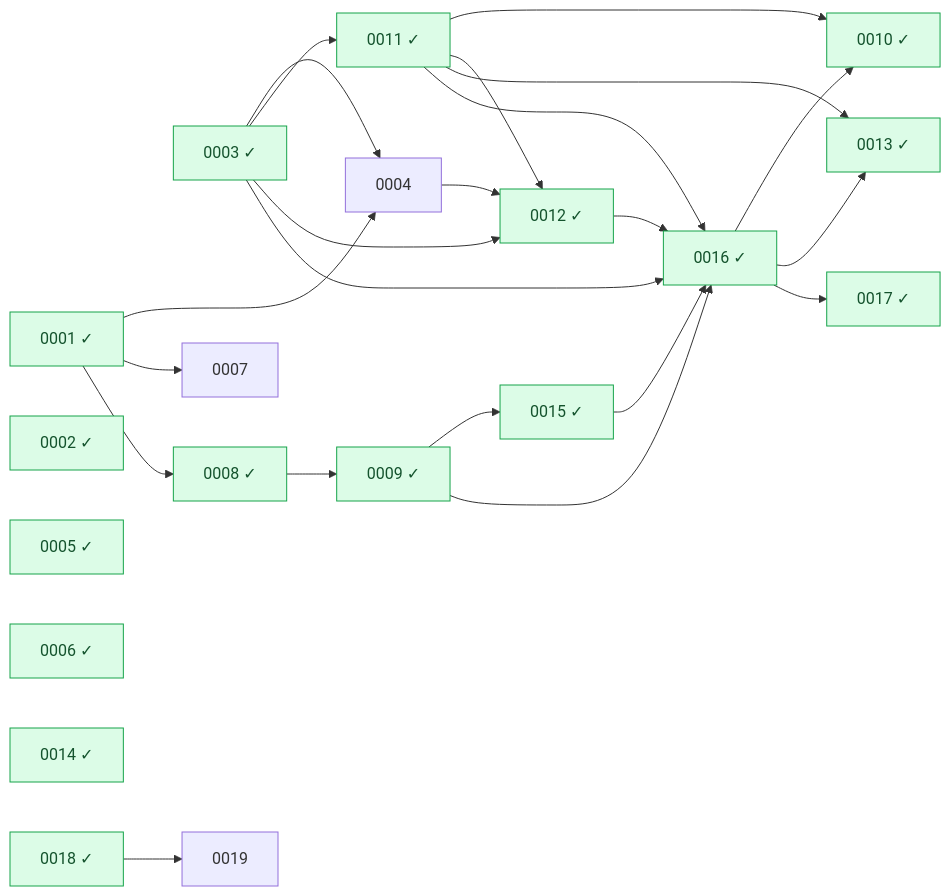
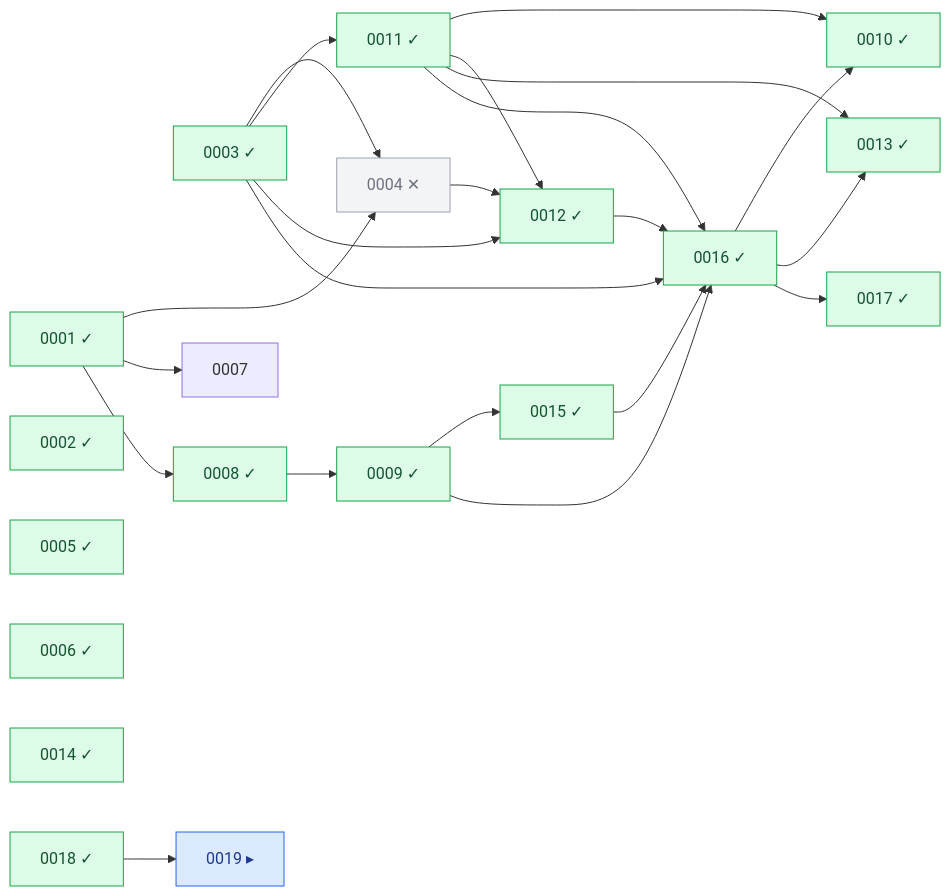
Before and after one commit to Heva-Co/piro: the diagram in docs/rfcs/README.md, drawn with Mermaid. The commit also changed other lines of this file and 1 other file, not shown here.

Commit message:
fix(rfc-index): color graph nodes by status, not just implemented
The dependency graph only distinguished implemented (green) from
everything else (Mermaid's default lilac), so a withdrawn RFC looked
identical to one actively open for discussion — 0004 (withdrawn) and
0007 (proposed) were indistinguishable.

Style nodes per status: green/✓ implemented, blue/▸ accepted and
awaiting implementation, muted grey/✕ for rejected, withdrawn, and
superseded. Draft and proposed keep the default style, which reads as
"open, nothing decided yet". Dead RFCs are greyed rather than given a
color of their own so they recede instead of competing with live work.

The legend is generated from the statuses actually present, so it never
names a color the reader can't find in the graph. Styling is emitted as
one classDef plus one grouped `class a,b,c cls;` line per class instead
of a line per node, which keeps the diff readable as RFCs are added.

````diff
--- a/docs/rfcs/README.md
+++ b/docs/rfcs/README.md
@@ -43,60 +43,49 @@
 ```mermaid
 graph LR
   n0001["0001 ✓"]
   n0002["0002 ✓"]
   n0003["0003 ✓"]
-  n0004["0004"]
+  n0004["0004 ✕"]
   n0005["0005 ✓"]
   n0006["0006 ✓"]
   n0007["0007"]
   n0008["0008 ✓"]
   n0009["0009 ✓"]
   n0010["0010 ✓"]
   n0011["0011 ✓"]
   n0012["0012 ✓"]
   n0013["0013 ✓"]
   n0014["0014 ✓"]
   n0015["0015 ✓"]
   n0016["0016 ✓"]
   n0017["0017 ✓"]
   n0018["0018 ✓"]
-  n0019["0019"]
+  n0019["0019 ▸"]
   n0001 --> n0004
   n0003 --> n0004
   n0001 --> n0007
   n0001 --> n0008
   n0008 --> n0009
   n0011 --> n0010
   n0016 --> n0010
   n0003 --> n0011
   n0003 --> n0012
   n0004 --> n0012
   n0011 --> n0012
   n0011 --> n0013
   n0016 --> n0013
   n0009 --> n0015
   n0003 --> n0016
   n0009 --> n0016
   n0011 --> n0016
   n0012 --> n0016
   n0015 --> n0016
   n0016 --> n0017
   n0018 --> n0019
   classDef done fill:#dcfce7,stroke:#16a34a,color:#14532d;
-  class n0001 done;
-  class n0002 done;
-  class n0003 done;
-  class n0005 done;
-  class n0006 done;
-  class n0008 done;
-  class n0009 done;
-  class n0010 done;
-  class n0011 done;
-  class n0012 done;
-  class n0013 done;
-  class n0014 done;
-  class n0015 done;
-  class n0016 done;
-  class n0017 done;
-  class n0018 done;
+  class n0001,n0002,n0003,n0005,n0006,n0008,n0009,n0010,n0011,n0012,n0013,n0014,n0015,n0016,n0017,n0018 done;
+  classDef accepted fill:#dbeafe,stroke:#2563eb,color:#1e3a8a;
+  class n0019 accepted;
+  classDef dead fill:#f3f4f6,stroke:#9ca3af,color:#6b7280;
+  class n0004 dead;
 ```
````
